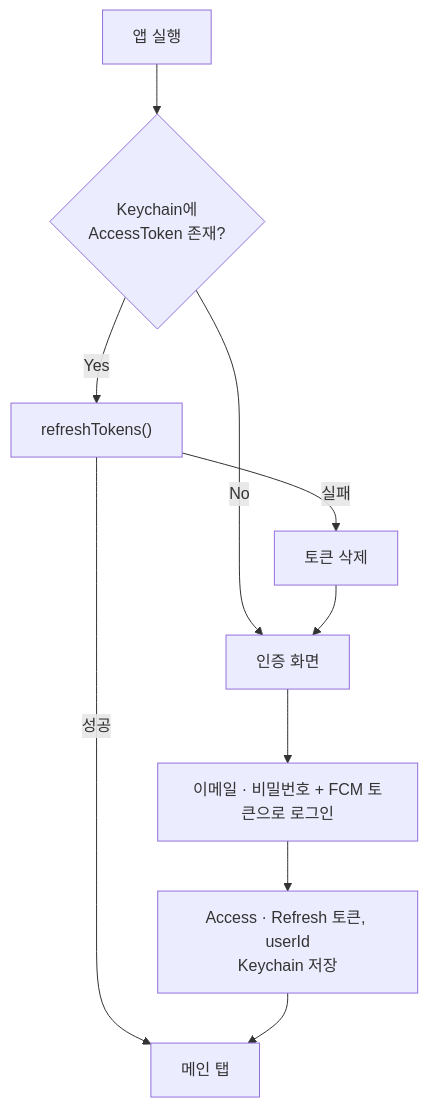
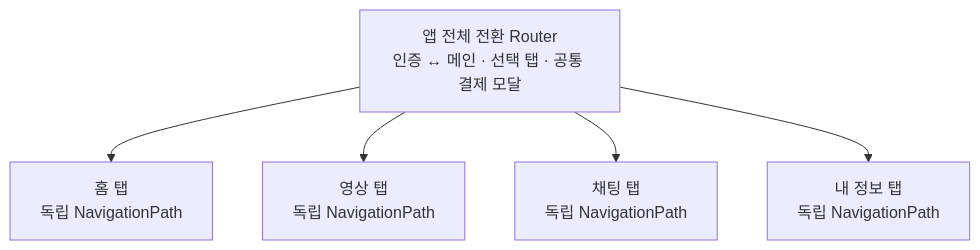
Before and after one commit to Maekiee/FlowLab: the third of 10 diagrams in README.md, drawn with Mermaid. The commit also changed other lines of this file, not shown here.

````diff
--- a/README.md
+++ b/README.md
@@ -171,11 +199,8 @@
 ```mermaid
 flowchart TD
-    A["앱 실행"] --> B{"Keychain에<br/>AccessToken 존재?"}
-    B -- "No" --> Auth["인증 화면"]
-    B -- "Yes" --> C["refreshTokens()"]
-    C -- "성공" --> Main["메인 탭"]
-    C -- "실패" --> D["토큰 삭제"] --> Auth
-    Auth --> E["이메일 · 비밀번호 + FCM 토큰으로 로그인"]
-    E --> F["Access · Refresh 토큰, userId<br/>Keychain 저장"]
-    F --> Main
+    AR["앱 전체 전환 Router<br/>인증 ↔ 메인 · 선택 탭 · 공통 결제 모달"]
+    AR --> H["홈 탭<br/>독립 NavigationPath"]
+    AR --> V["영상 탭<br/>독립 NavigationPath"]
+    AR --> C["채팅 탭<br/>독립 NavigationPath"]
+    AR --> P["내 정보 탭<br/>독립 NavigationPath"]
 ```
````
